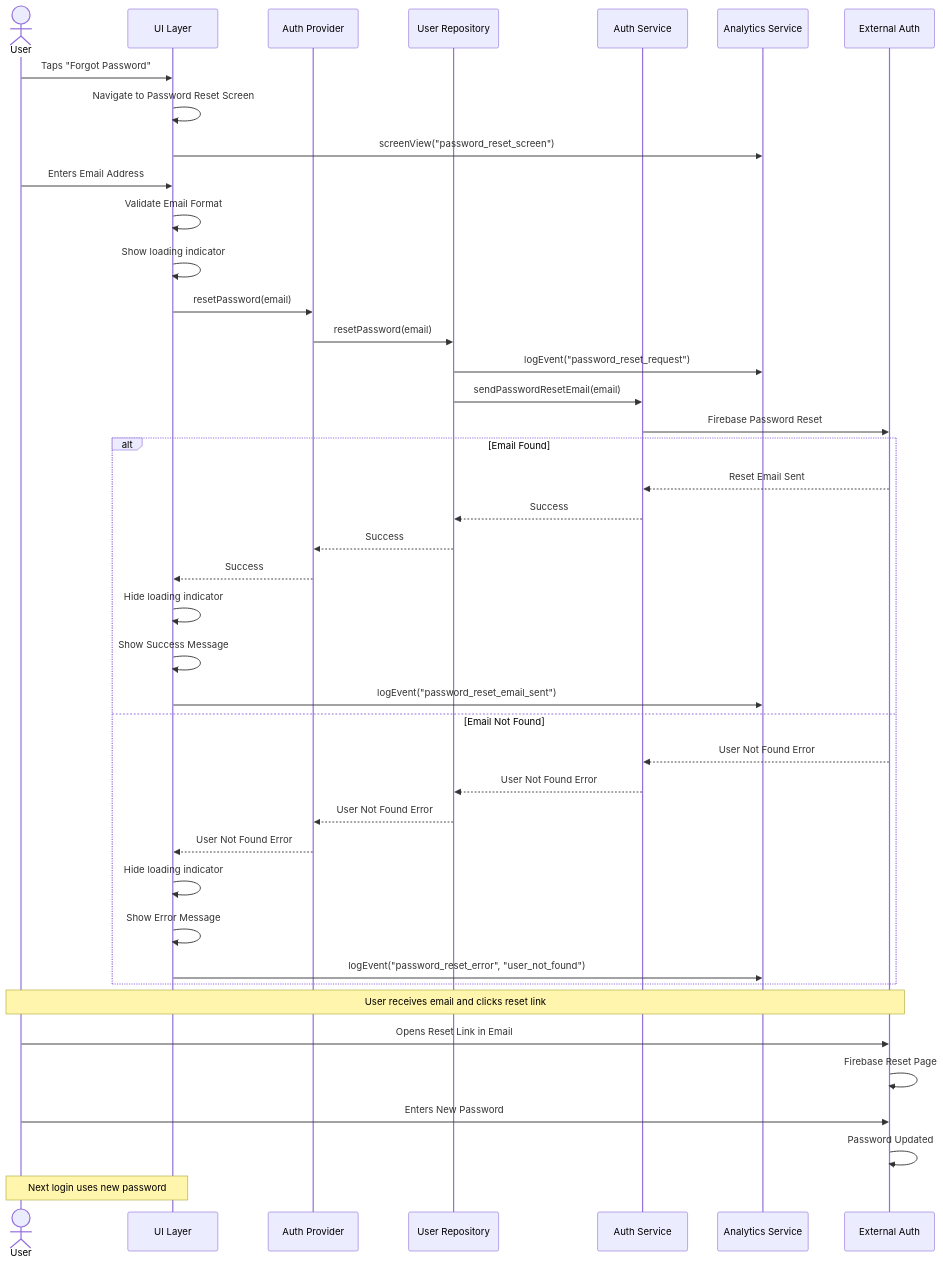
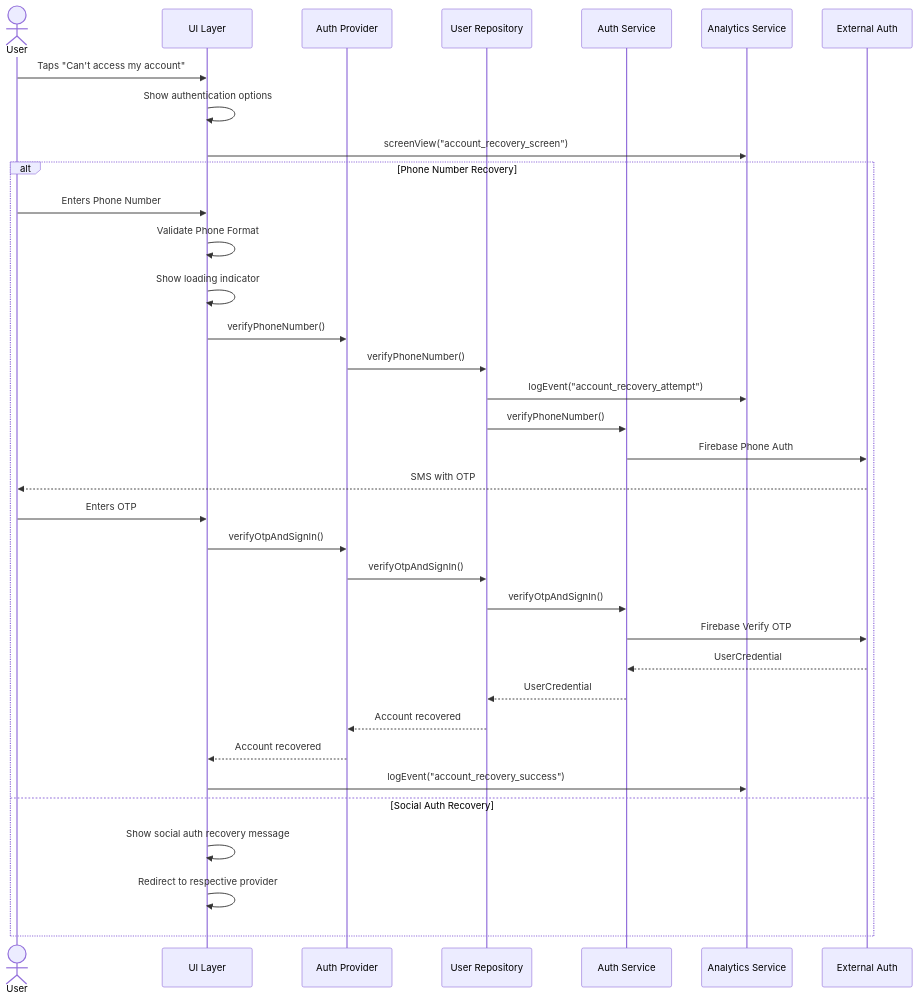
One commit to DuckBuck-Studios/DuckBuck-AI-Walkie-Talkie changed the fifth of 5 diagrams in docs/auth/auth_user_flows.md. Above: the diagram before and after it, drawn with Mermaid. The commit also changed other lines of this file and 1 other file, not shown here.

Commit message:
Diagram issues resolved

````diff
--- a/docs/auth/auth_user_flows.md
+++ b/docs/auth/auth_user_flows.md
@@ -379,50 +396,39 @@
 ```mermaid
 sequenceDiagram
     actor User
     participant UI as UI Layer
     participant Provider as Auth Provider
     participant Repository as User Repository
     participant Auth as Auth Service
     participant Analytics as Analytics Service
     participant External as External Auth
     
-    User->>UI: Taps "Forgot Password" 
-    UI->>UI: Navigate to Password Reset Screen
-    UI->>Analytics: screenView("password_reset_screen")
+    User->>UI: Taps "Can't access my account"
+    UI->>UI: Show authentication options
+    UI->>Analytics: screenView("account_recovery_screen")
     
-    User->>UI: Enters Email Address
-    UI->>UI: Validate Email Format
-    UI->>UI: Show loading indicator
-    UI->>Provider: resetPassword(email)
-    Provider->>Repository: resetPassword(email)
-    Repository->>Analytics: logEvent("password_reset_request")
-    Repository->>Auth: sendPasswordResetEmail(email)
-    Auth->>External: Firebase Password Reset
-    
-    alt Email Found
-        External-->>Auth: Reset Email Sent
-        Auth-->>Repository: Success
-        Repository-->>Provider: Success
-        Provider-->>UI: Success
-        UI->>UI: Hide loading indicator
-        UI->>UI: Show Success Message
-        UI->>Analytics: logEvent("password_reset_email_sent")
-    else Email Not Found
-        External-->>Auth: User Not Found Error
-        Auth-->>Repository: User Not Found Error
-        Repository-->>Provider: User Not Found Error
-        Provider-->>UI: User Not Found Error
-        UI->>UI: Hide loading indicator
-        UI->>UI: Show Error Message
-        UI->>Analytics: logEvent("password_reset_error", "user_not_found")
+    alt Phone Number Recovery
+        User->>UI: Enters Phone Number
+        UI->>UI: Validate Phone Format
+        UI->>UI: Show loading indicator
+        UI->>Provider: verifyPhoneNumber()
+        Provider->>Repository: verifyPhoneNumber()
+        Repository->>Analytics: logEvent("account_recovery_attempt")
+        Repository->>Auth: verifyPhoneNumber()
+        Auth->>External: Firebase Phone Auth
+        External-->>User: SMS with OTP
+        User->>UI: Enters OTP
+        UI->>Provider: verifyOtpAndSignIn()
+        Provider->>Repository: verifyOtpAndSignIn()
+        Repository->>Auth: verifyOtpAndSignIn()
+        Auth->>External: Firebase Verify OTP
+        External-->>Auth: UserCredential
+        Auth-->>Repository: UserCredential
+        Repository-->>Provider: Account recovered
+        Provider-->>UI: Account recovered
+        UI->>Analytics: logEvent("account_recovery_success")
+    else Social Auth Recovery
+        UI->>UI: Show social auth recovery message
+        UI->>UI: Redirect to respective provider
     end
-    
-    note over User,External: User receives email and clicks reset link
-    
-    User->>External: Opens Reset Link in Email
-    External->>External: Firebase Reset Page
-    User->>External: Enters New Password
-    External->>External: Password Updated
-    
-    note over User,UI: Next login uses new password
 ```
````
